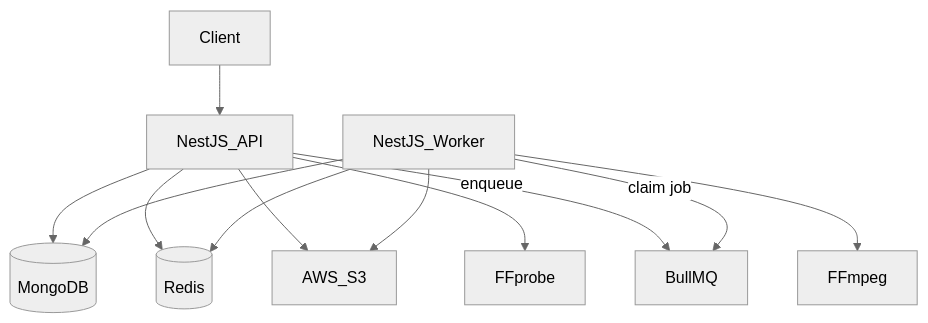
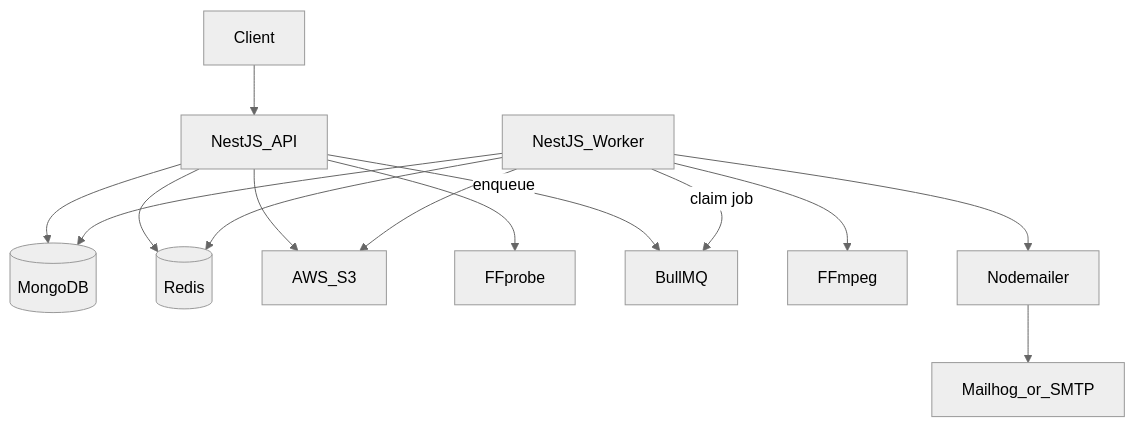
Before and after one commit to Shivanshsri15/VideoProcessing: the first of 8 diagrams in README.md, drawn with Mermaid (neutral theme). The commit also changed other lines of this file and 14 other files, not shown here.

Commit message:
added the mailing functionality with mailhog image for dev only, will need a proper SMTP for actual deployment

````diff
--- a/README.md
+++ b/README.md
@@ -50,14 +53,16 @@
 ```mermaid
 flowchart TB
   Client[Client] --> API[NestJS_API]
   API --> Mongo[(MongoDB)]
   API --> Redis[(Redis)]
   API --> S3[AWS_S3]
   API --> Probe[FFprobe]
   API -->|enqueue| Bull[BullMQ]
   Worker[NestJS_Worker] -->|claim job| Bull
   Worker --> S3
   Worker --> FF[FFmpeg]
   Worker --> Mongo
   Worker --> Redis
+  Worker --> Mail[Nodemailer]
+  Mail --> SMTP[Mailhog_or_SMTP]
 ```
````
